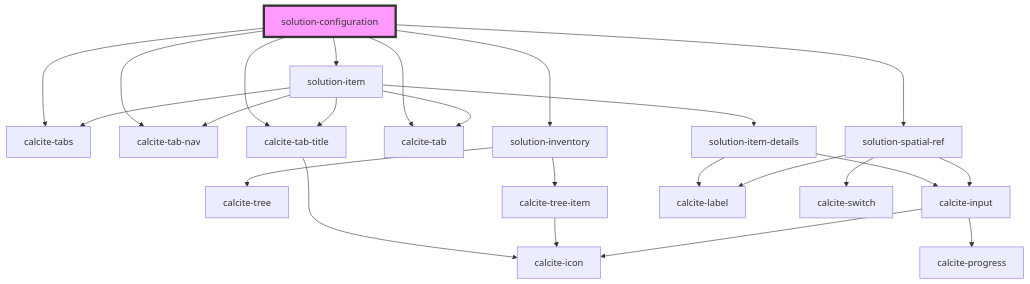
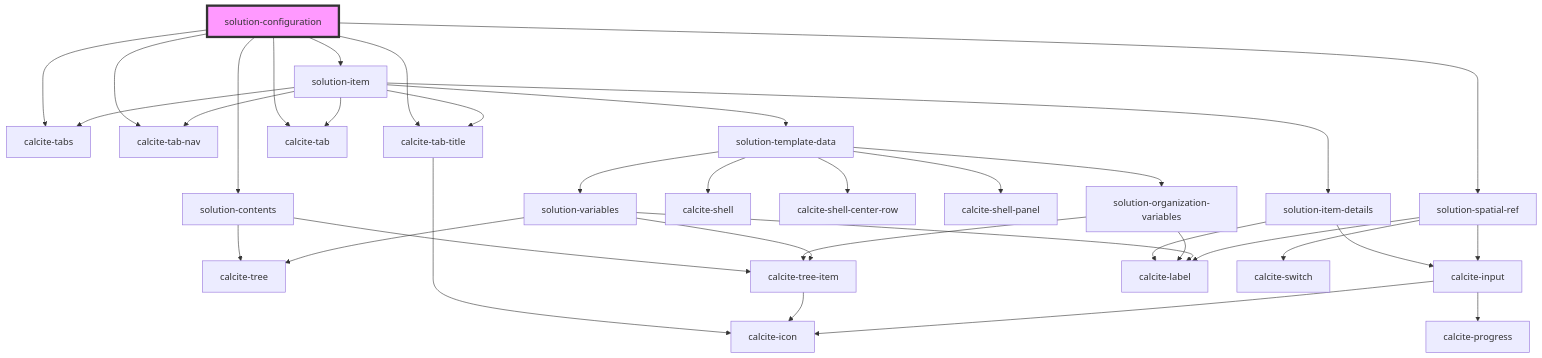
Before and after one commit to Esri/solutions-components: the diagram in src/components/solution-configuration/readme.md, drawn with Mermaid. The commit also changed other lines of this file and 15 other files, not shown here.

````diff
--- a/src/components/solution-configuration/readme.md
+++ b/src/components/solution-configuration/readme.md
@@ -29,27 +29,38 @@
 ```mermaid
 graph TD;
   solution-configuration --> calcite-tabs
   solution-configuration --> calcite-tab-nav
   solution-configuration --> calcite-tab-title
   solution-configuration --> calcite-tab
-  solution-configuration --> solution-inventory
+  solution-configuration --> solution-contents
   solution-configuration --> solution-item
   solution-configuration --> solution-spatial-ref
   calcite-tab-title --> calcite-icon
-  solution-inventory --> calcite-tree
-  solution-inventory --> calcite-tree-item
+  solution-contents --> calcite-tree
+  solution-contents --> calcite-tree-item
   calcite-tree-item --> calcite-icon
   solution-item --> calcite-tabs
   solution-item --> calcite-tab-nav
   solution-item --> calcite-tab-title
   solution-item --> calcite-tab
   solution-item --> solution-item-details
+  solution-item --> solution-template-data
   solution-item-details --> calcite-input
   solution-item-details --> calcite-label
   calcite-input --> calcite-progress
   calcite-input --> calcite-icon
+  solution-template-data --> calcite-shell
+  solution-template-data --> calcite-shell-center-row
+  solution-template-data --> calcite-shell-panel
+  solution-template-data --> solution-organization-variables
+  solution-template-data --> solution-variables
+  solution-organization-variables --> calcite-label
+  solution-organization-variables --> calcite-tree-item
+  solution-variables --> calcite-label
+  solution-variables --> calcite-tree-item
+  solution-variables --> calcite-tree
   solution-spatial-ref --> calcite-switch
   solution-spatial-ref --> calcite-label
   solution-spatial-ref --> calcite-input
   style solution-configuration fill:#f9f,stroke:#333,stroke-width:4px
 ```
````
